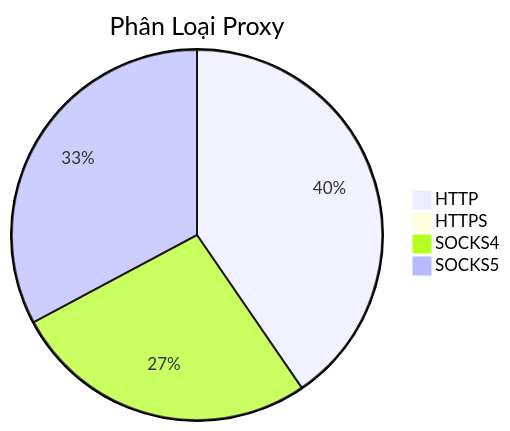
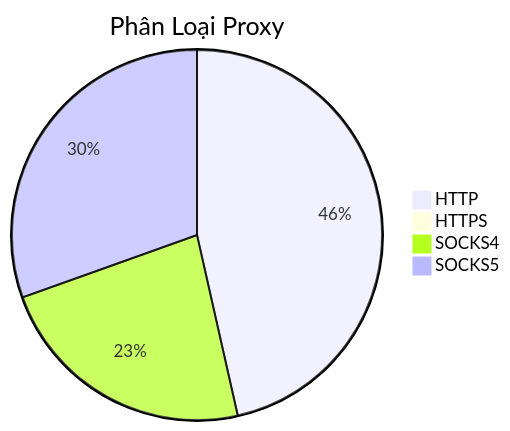
The diagram in README.md (Ciara-12/PROXY-free), drawn with Mermaid before and after one commit. The commit also changed other lines of this file and 3 other files, not shown here.

````diff
--- a/README.md
+++ b/README.md
@@ -26,7 +26,7 @@
 ```mermaid
 pie title Phân Loại Proxy
-    "HTTP" : 503
+    "HTTP" : 697
     "HTTPS" : 0
-    "SOCKS4" : 333
-    "SOCKS5" : 408
+    "SOCKS4" : 346
+    "SOCKS5" : 457
 ```
````
